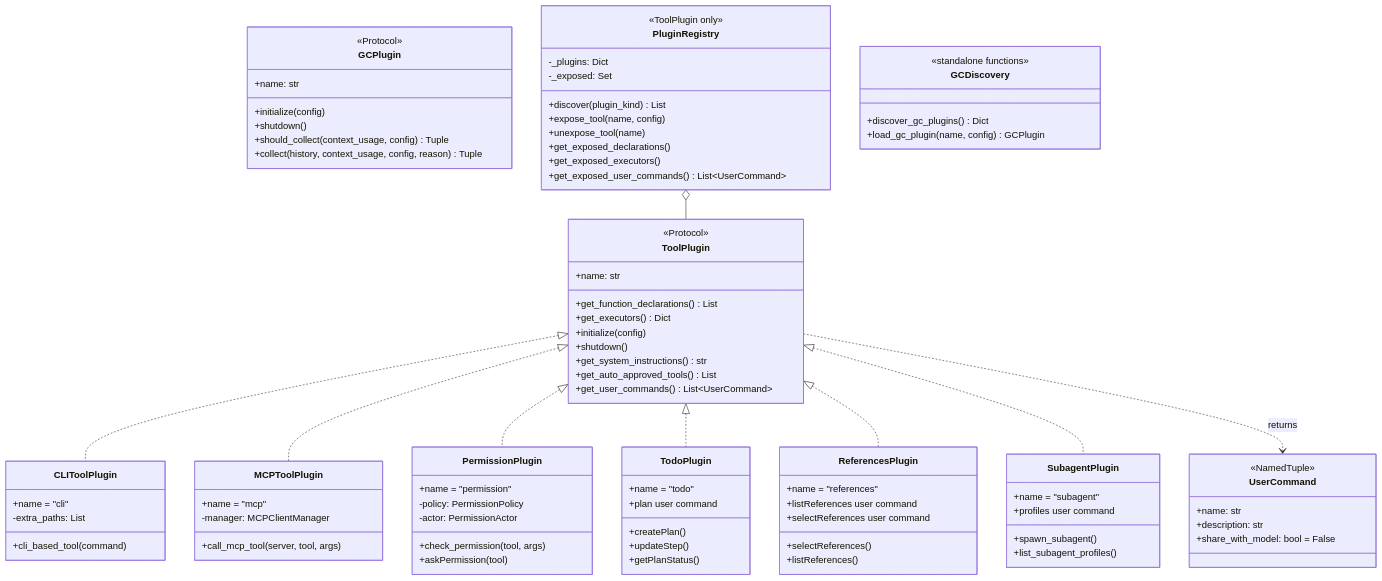
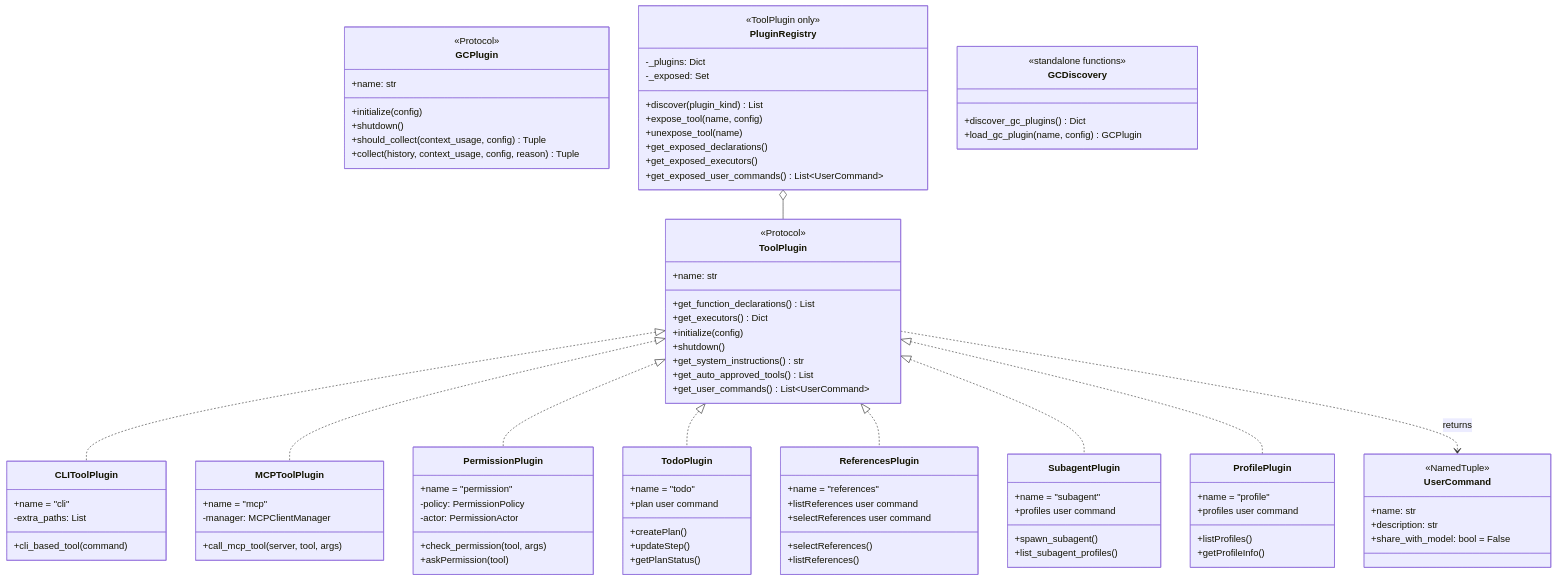
One commit to apanoia/jaato changed the third of 4 diagrams in docs/architecture.md. Above: the diagram before and after it, drawn with Mermaid. The commit also changed other lines of this file and 1 other file, not shown here.

First line of the commit message:
docs: Add profile system to architecture diagrams and README

````diff
--- a/docs/architecture.md
+++ b/docs/architecture.md
@@ -277,12 +290,20 @@
         +profiles user command
     }
 
+    class ProfilePlugin {
+        +name = "profile"
+        +listProfiles()
+        +getProfileInfo()
+        +profiles user command
+    }
+
     ToolPlugin <|.. CLIToolPlugin
     ToolPlugin <|.. MCPToolPlugin
     ToolPlugin <|.. PermissionPlugin
     ToolPlugin <|.. TodoPlugin
     ToolPlugin <|.. ReferencesPlugin
     ToolPlugin <|.. SubagentPlugin
+    ToolPlugin <|.. ProfilePlugin
     PluginRegistry o-- ToolPlugin
     ToolPlugin ..> UserCommand : returns
 ```
````
